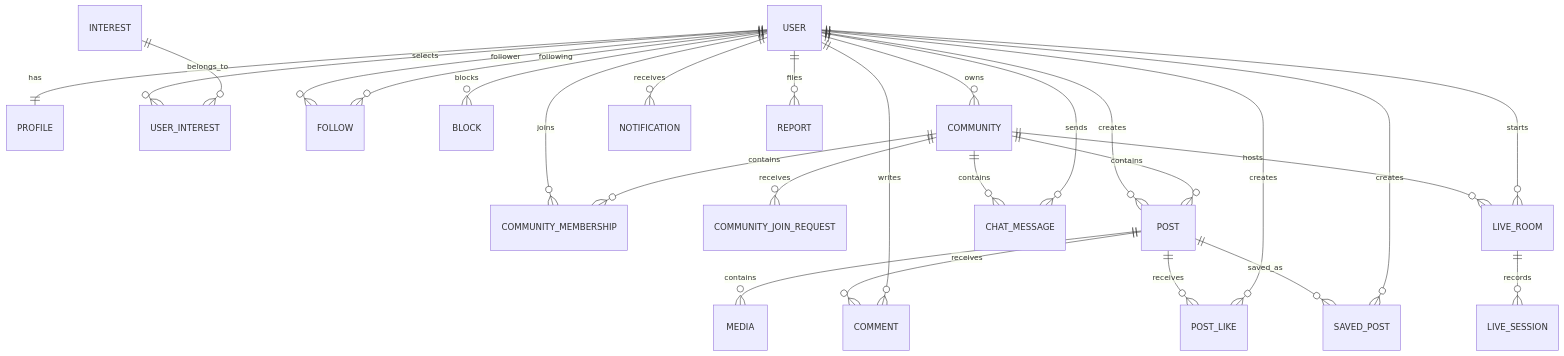
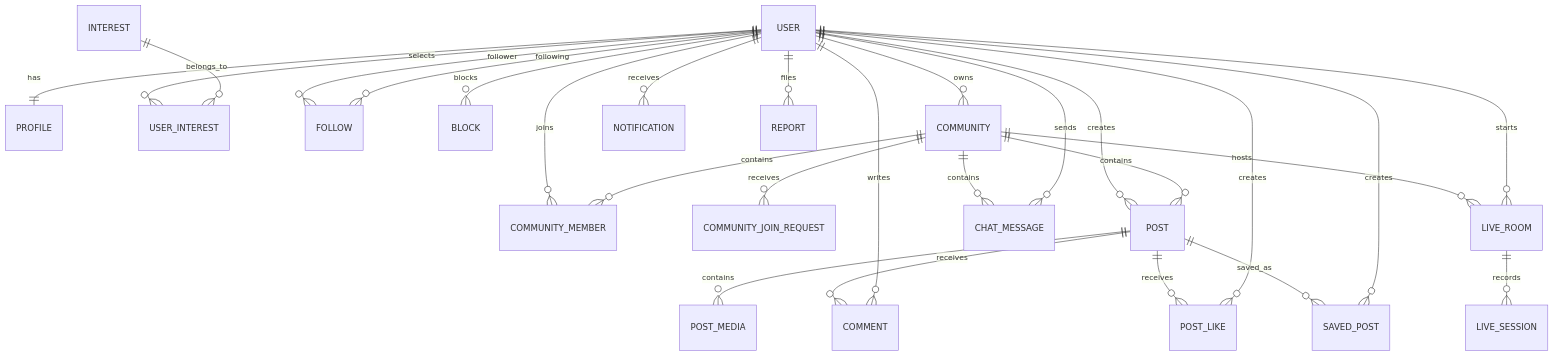
Before and after one commit to tol-san/server: the diagram in docs/04-database-design.md, drawn with Mermaid. The commit also changed other lines of this file and 29 other files, not shown here.

````diff
--- a/docs/04-database-design.md
+++ b/docs/04-database-design.md
@@ -42,36 +45,36 @@
 ```mermaid
 erDiagram
     USER ||--|| PROFILE : "has"
     USER ||--o{ USER_INTEREST : "selects"
     INTEREST ||--o{ USER_INTEREST : "belongs_to"
 
     USER ||--o{ FOLLOW : "follower"
     USER ||--o{ FOLLOW : "following"
     USER ||--o{ BLOCK : "blocks"
 
     USER ||--o{ COMMUNITY : "owns"
-    USER ||--o{ COMMUNITY_MEMBERSHIP : "joins"
-    COMMUNITY ||--o{ COMMUNITY_MEMBERSHIP : "contains"
+    USER ||--o{ COMMUNITY_MEMBER : "joins"
+    COMMUNITY ||--o{ COMMUNITY_MEMBER : "contains"
     COMMUNITY ||--o{ COMMUNITY_JOIN_REQUEST : "receives"
 
     USER ||--o{ POST : "creates"
     COMMUNITY ||--o{ POST : "contains"
 
-    POST ||--o{ MEDIA : "contains"
+    POST ||--o{ POST_MEDIA : "contains"
     POST ||--o{ COMMENT : "receives"
     POST ||--o{ POST_LIKE : "receives"
     POST ||--o{ SAVED_POST : "saved_as"
 
     USER ||--o{ COMMENT : "writes"
     USER ||--o{ POST_LIKE : "creates"
     USER ||--o{ SAVED_POST : "creates"
     USER ||--o{ NOTIFICATION : "receives"
     USER ||--o{ REPORT : "files"
 
     COMMUNITY ||--o{ CHAT_MESSAGE : "contains"
     USER ||--o{ CHAT_MESSAGE : "sends"
 
     COMMUNITY ||--o{ LIVE_ROOM : "hosts"
     USER ||--o{ LIVE_ROOM : "starts"
     LIVE_ROOM ||--o{ LIVE_SESSION : "records"
 ```
````
